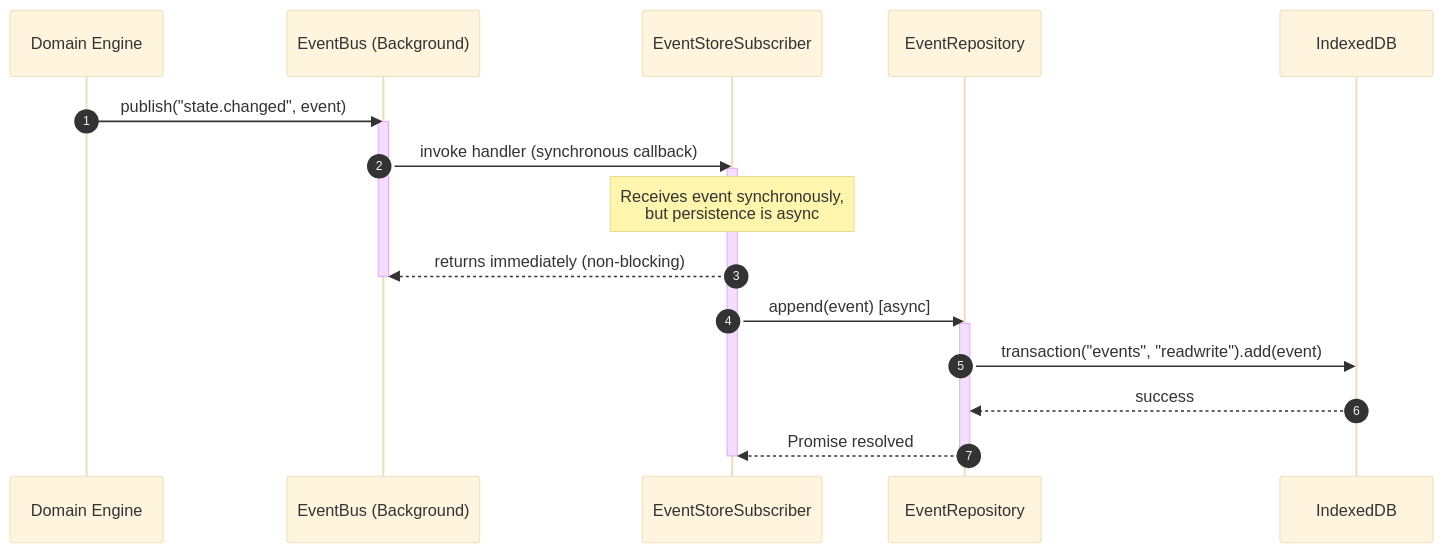
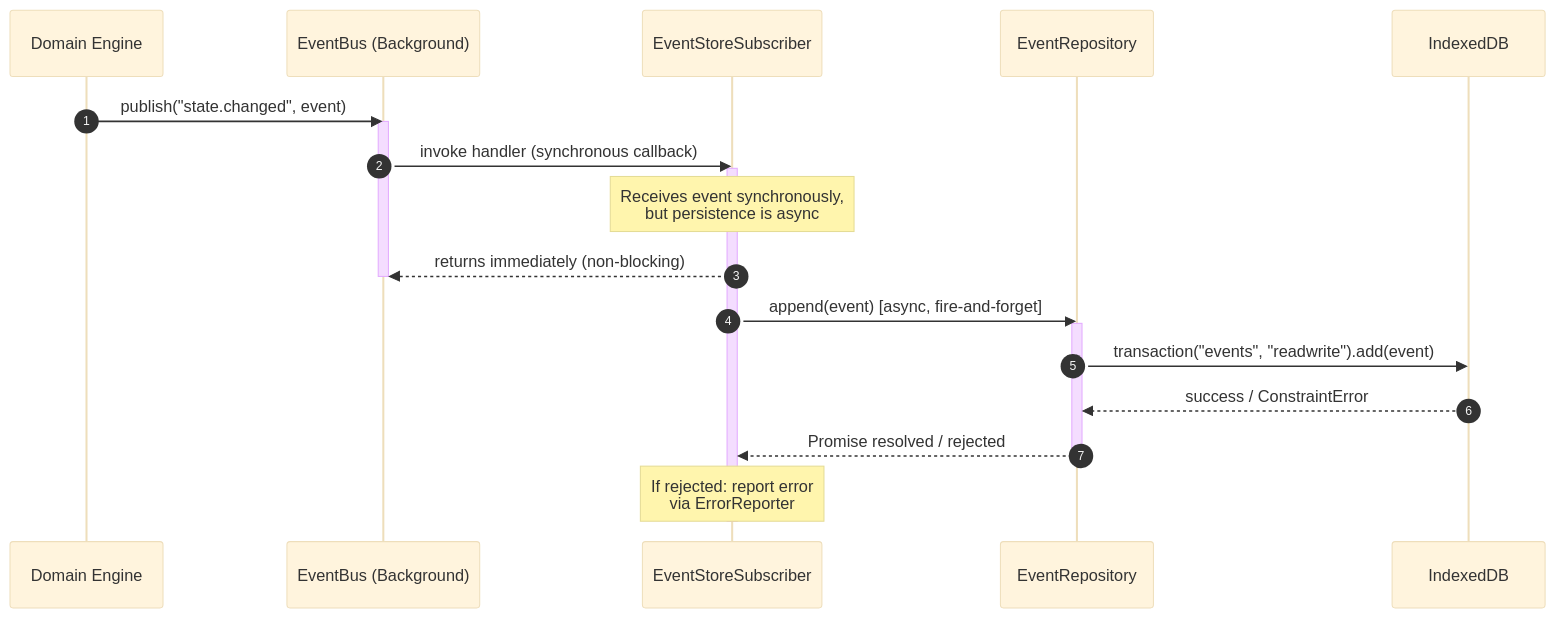
The second of 5 diagrams in docs/implementation-plans/indexeddb-event-store-implementation-plan.md (prajein/cognis), drawn with Mermaid (base theme) before and after one commit. The commit also changed other lines of this file and 7 other files, not shown here.

````diff
--- a/docs/implementation-plans/indexeddb-event-store-implementation-plan.md
+++ b/docs/implementation-plans/indexeddb-event-store-implementation-plan.md
@@ -251,24 +317,25 @@
 ```mermaid
 sequenceDiagram
     autonumber
     participant Engine as Domain Engine
     participant Bus as EventBus (Background)
     participant Sub as EventStoreSubscriber
     participant Repo as EventRepository
     participant IDB as IndexedDB
 
     Engine->>Bus: publish("state.changed", event)
     activate Bus
     Bus->>Sub: invoke handler (synchronous callback)
     activate Sub
     Note over Sub: Receives event synchronously,<br>but persistence is async
     Sub-->>Bus: returns immediately (non-blocking)
     deactivate Bus
-    Sub->>Repo: append(event) [async]
+    Sub->>Repo: append(event) [async, fire-and-forget]
     activate Repo
     Repo->>IDB: transaction("events", "readwrite").add(event)
-    IDB-->>Repo: success
-    Repo-->>Sub: Promise resolved
+    IDB-->>Repo: success / ConstraintError
+    Repo-->>Sub: Promise resolved / rejected
     deactivate Repo
+    Note over Sub: If rejected: report error<br>via ErrorReporter
     deactivate Sub
 ```
````
